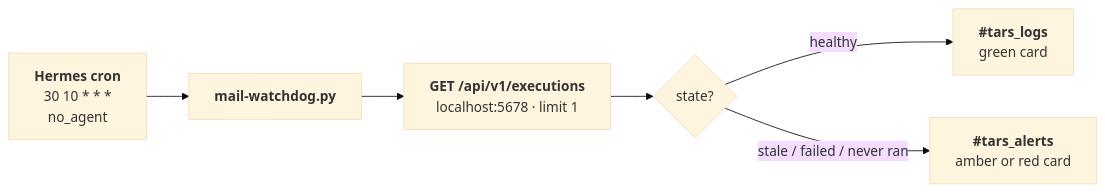
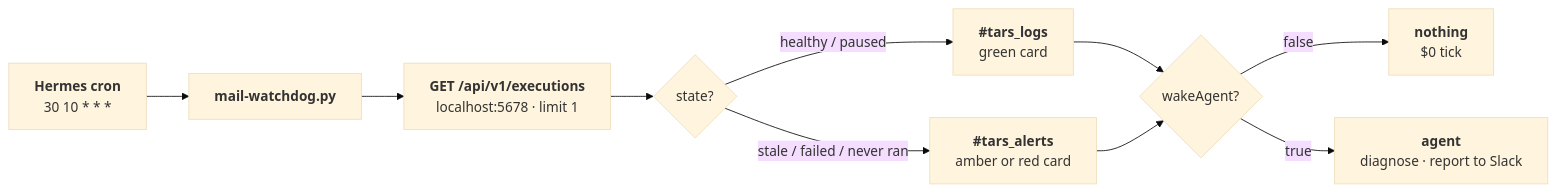
The diagram in docs/mail_watchdog.md (zeltraxion/automation-stack), drawn with Mermaid (base theme) before and after one commit. The commit also changed other lines of this file and 1 other file, not shown here.

First line of the commit message:
feat: wake an agent when the mail watchdog finds something wrong

````diff
--- a/docs/mail_watchdog.md
+++ b/docs/mail_watchdog.md
@@ -39,12 +39,19 @@
 ```mermaid
 flowchart LR
-    C["<b>Hermes cron</b><br/>30 10 * * *<br/>no_agent"]
+    C["<b>Hermes cron</b><br/>30 10 * * *"]
     S["<b>mail-watchdog.py</b>"]
     A["<b>GET /api/v1/executions</b><br/>localhost:5678 · limit 1"]
     D{"state?"}
     L["<b>#tars_logs</b><br/>green card"]
     X["<b>#tars_alerts</b><br/>amber or red card"]
+    G{"wakeAgent?"}
+    Z["<b>nothing</b><br/>$0 tick"]
+    AG["<b>agent</b><br/>diagnose · report to Slack"]
     C --> S --> A --> D
-    D -->|healthy| L
+    D -->|healthy / paused| L
     D -->|stale / failed / never ran| X
+    L --> G
+    X --> G
+    G -->|false| Z
+    G -->|true| AG
 ```
````
